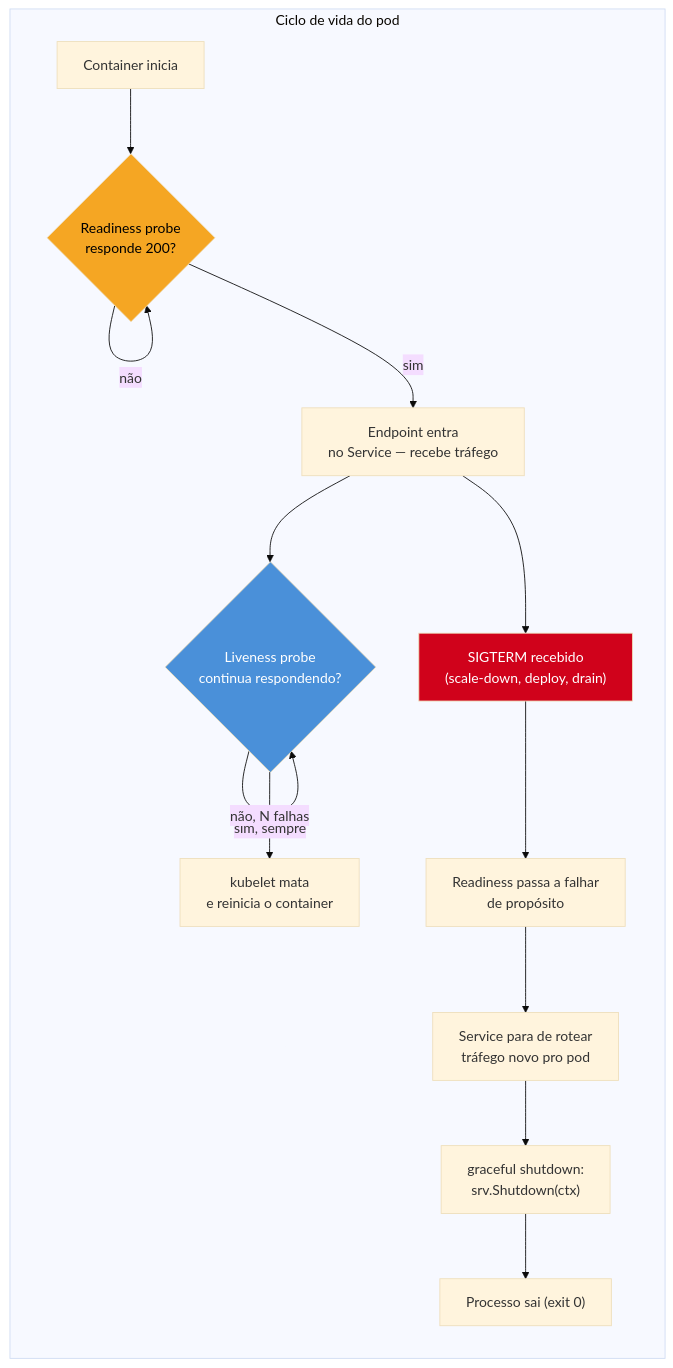
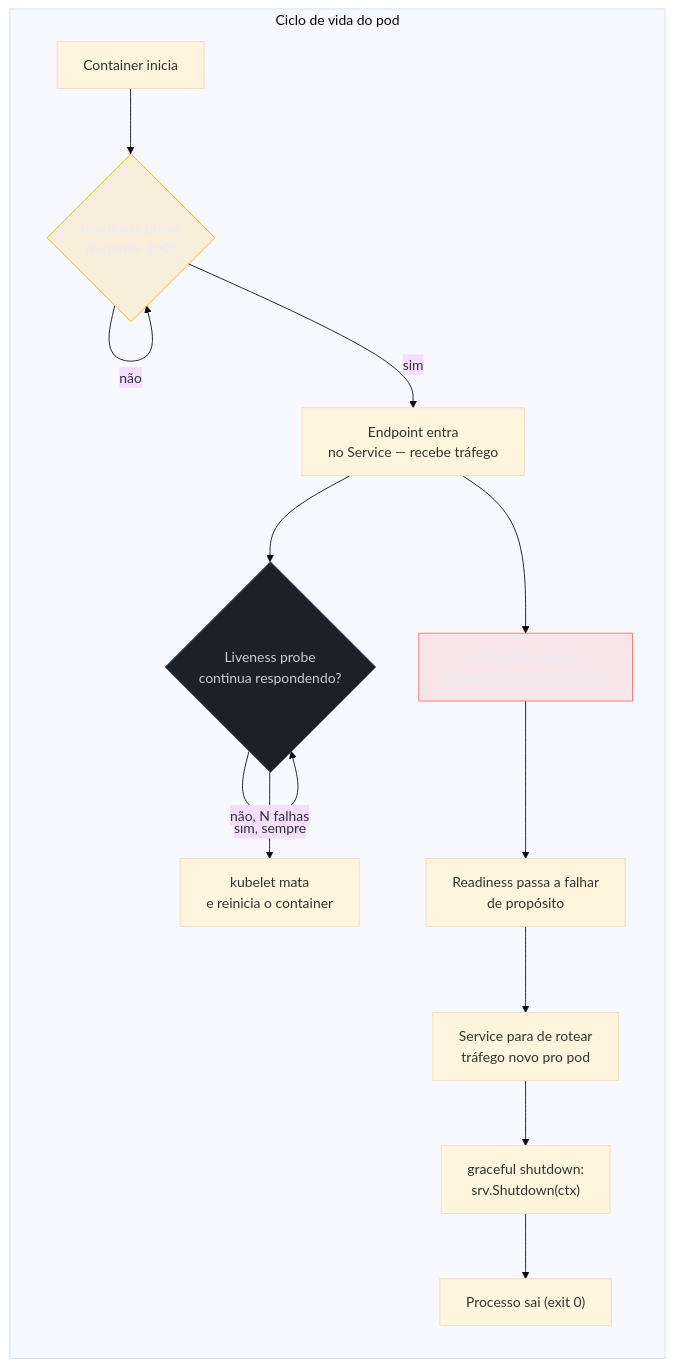
The diagram in 03-Dominios/Tecnologia/Go/18 - Cloud-native e produção/06 - Contrato com Kubernetes.md (josenaldo/codex-technomanticus), drawn with Mermaid (base theme) before and after one commit. The commit also changed 1181 other files, not shown here.

First line of the commit message:
fix(diagramas): paleta do sistema no lugar de cor cravada no markdown

````diff
--- a/03-Dominios/Tecnologia/Go/18 - Cloud-native e produção/06 - Contrato com Kubernetes.md
+++ b/03-Dominios/Tecnologia/Go/18 - Cloud-native e produção/06 - Contrato com Kubernetes.md
@@ -32,21 +32,24 @@
 ```mermaid
 flowchart TB
+    classDef destaque fill:#FFAA0024,stroke:#FFAA00,color:#E9ECF2
+    classDef neutro fill:#1B2029,stroke:#4E5666,color:#C6CCD8
+    classDef falha fill:#FF6B6B24,stroke:#FF6B6B,color:#E9ECF2
     subgraph Ciclo["Ciclo de vida do pod"]
         direction TB
         A["Container inicia"] --> B{"Readiness probe\nresponde 200?"}
         B -->|não| B
         B -->|sim| C["Endpoint entra\nno Service — recebe tráfego"]
         C --> D{"Liveness probe\ncontinua respondendo?"}
         D -->|sim, sempre| D
         D -->|não, N falhas| E["kubelet mata\ne reinicia o container"]
         C --> F["SIGTERM recebido\n(scale-down, deploy, drain)"]
         F --> G["Readiness passa a falhar\nde propósito"]
         G --> H["Service para de rotear\ntráfego novo pro pod"]
         H --> I["graceful shutdown:\nsrv.Shutdown(ctx)"]
         I --> J["Processo sai (exit 0)"]
     end
 
-    style B fill:#F5A623,color:#000
-    style D fill:#4A90D9,color:#fff
-    style F fill:#D0021B,color:#fff
+    class B destaque
+    class D neutro
+    class F falha
 ```
````
